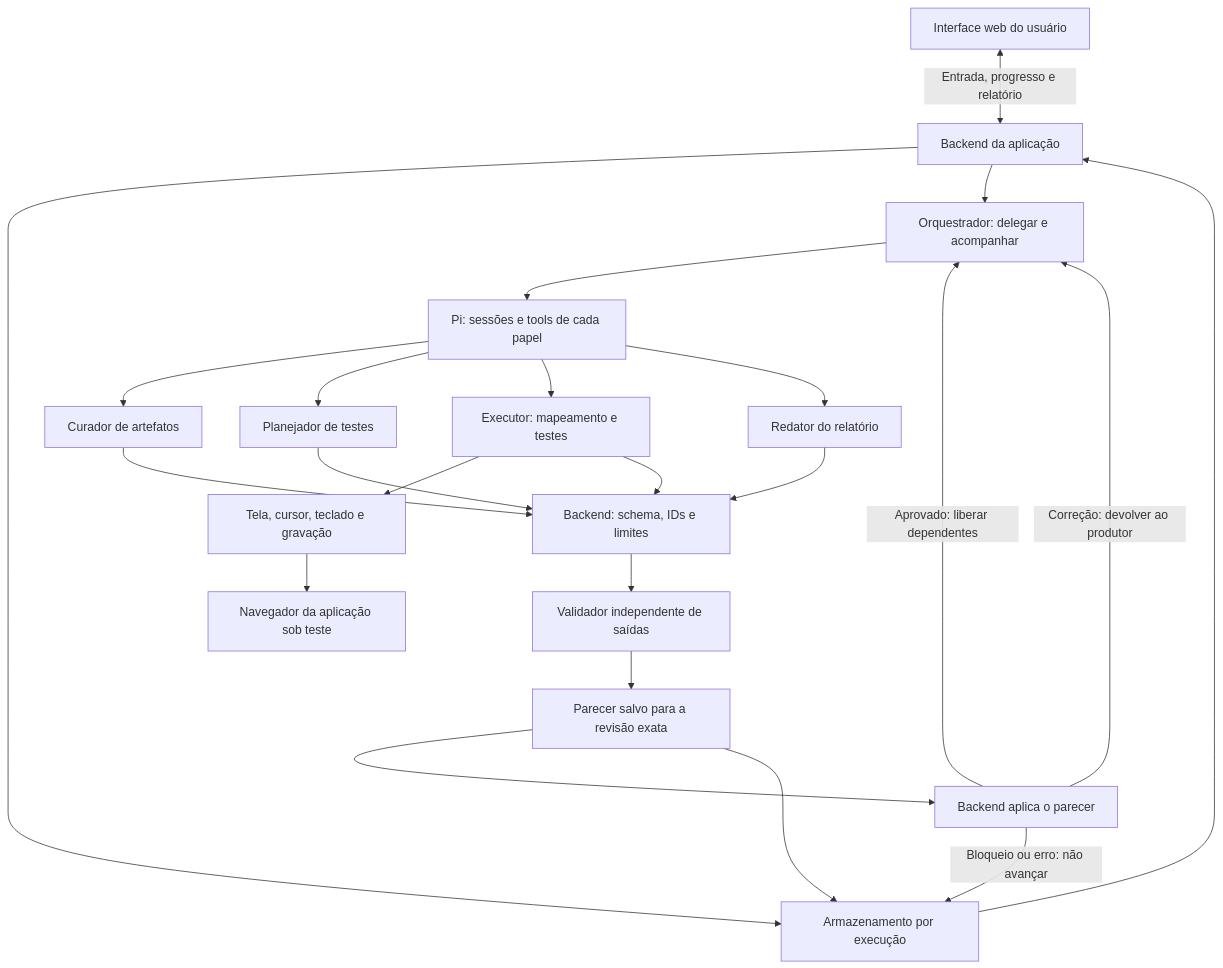
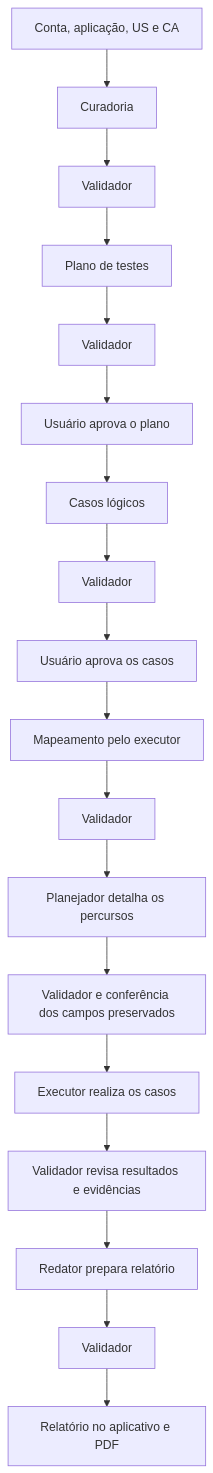
One commit to mh131105/akcit-qa-agent changed the diagram in docs/requisitos/CONTRATOS.md. Above: the diagram before and after it, drawn with Mermaid. The commit also changed other lines of this file and 8 other files, not shown here.

````diff
--- a/docs/requisitos/CONTRATOS.md
+++ b/docs/requisitos/CONTRATOS.md
@@ -9,25 +10,20 @@
 ```mermaid
-flowchart TB
-    UI[Interface web do usuário] <-->|Entrada, progresso e relatório| API[Backend da aplicação]
-    API --> STORE[Armazenamento por execução]
-    API --> ORQ[Orquestrador: delegar e acompanhar]
-    ORQ --> PI[Pi: sessões e tools de cada papel]
-    PI --> CUR[Curador de artefatos]
-    PI --> PLAN[Planejador de testes]
-    PI --> EXE[Executor: mapeamento e testes]
-    PI --> REP[Redator do relatório]
-    EXE --> TOOLS[Tela, cursor, teclado e gravação]
-    TOOLS --> WEB[Navegador da aplicação sob teste]
-    CUR --> CHECK[Backend: schema, IDs e limites]
-    PLAN --> CHECK
-    EXE --> CHECK
-    REP --> CHECK
-    CHECK --> VAL[Validador independente de saídas]
-    VAL --> PARECER[Parecer salvo para a revisão exata]
-    PARECER --> GATE[Backend aplica o parecer]
-    GATE -->|Aprovado: liberar dependentes| ORQ
-    GATE -->|Correção: devolver ao produtor| ORQ
-    GATE -->|Bloqueio ou erro: não avançar| STORE
-    PARECER --> STORE
-    STORE --> API
+flowchart TD
+    I[Conta, aplicação, US e CA] --> C[Curadoria]
+    C --> V1[Validador]
+    V1 --> P[Plano de testes]
+    P --> V2[Validador]
+    V2 --> H1[Usuário aprova o plano]
+    H1 --> T[Casos lógicos]
+    T --> V3[Validador]
+    V3 --> H2[Usuário aprova os casos]
+    H2 --> M[Mapeamento pelo executor]
+    M --> V4[Validador]
+    V4 --> D[Planejador detalha os percursos]
+    D --> V5[Validador e conferência dos campos preservados]
+    V5 --> E[Executor realiza os casos]
+    E --> V6[Validador revisa resultados e evidências]
+    V6 --> R[Redator prepara relatório]
+    R --> V7[Validador]
+    V7 --> UI[Relatório no aplicativo e PDF]
 ```
````
